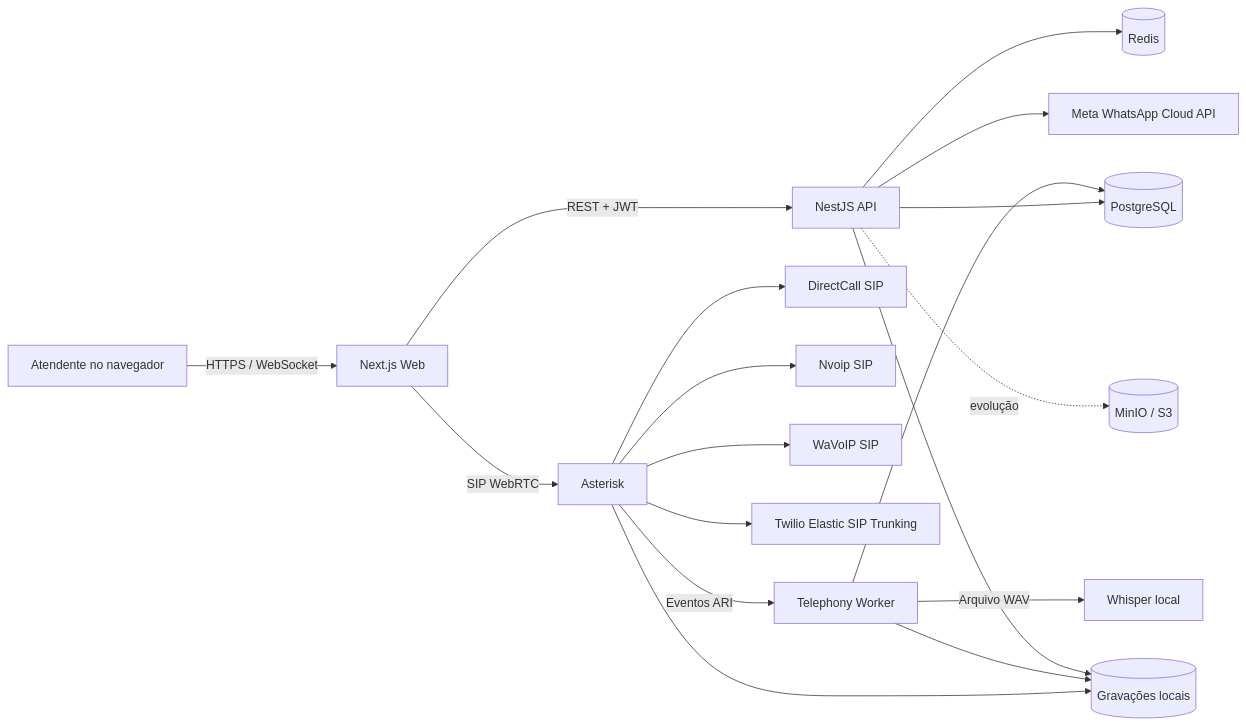
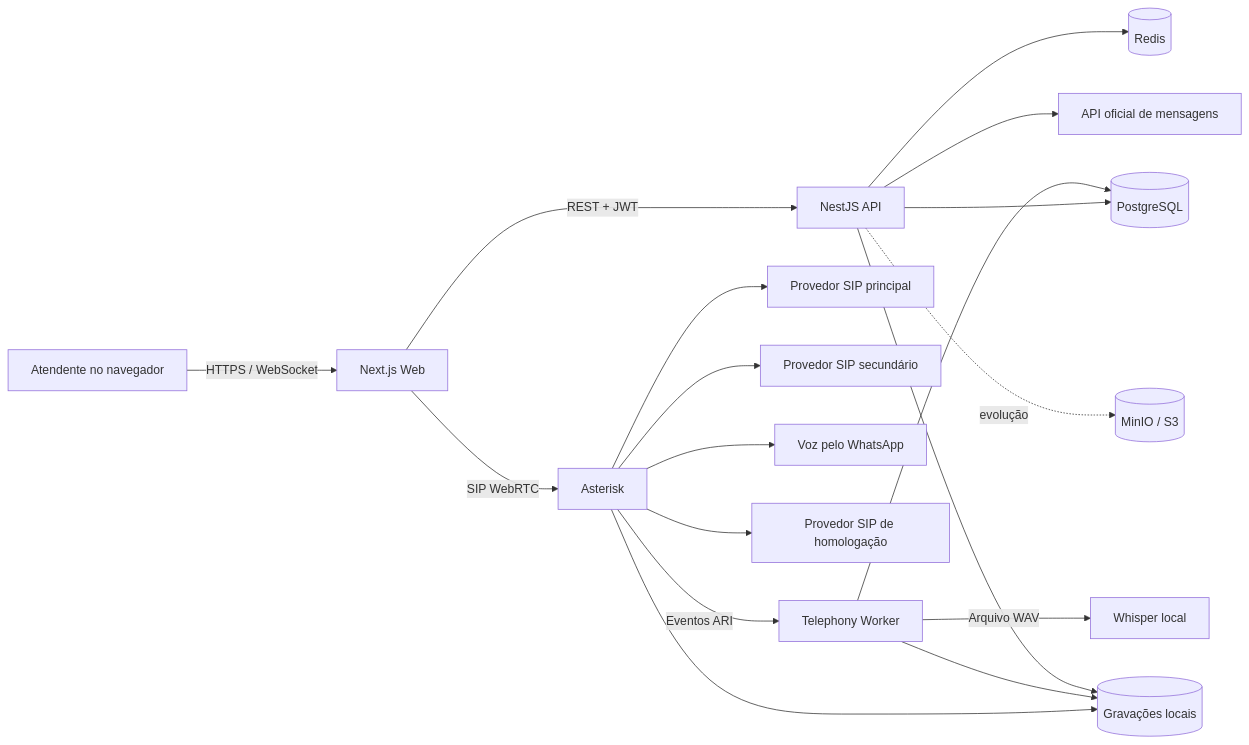
The diagram in README.md (criatedavid-tech/Project-Sip), drawn with Mermaid before and after one commit. The commit also changed other lines of this file and 20 other files, not shown here.

Commit message:
feat: aprimora voz pelo WhatsApp e documentação local

````diff
--- a/README.md
+++ b/README.md
@@ -100,20 +97,20 @@
 ```mermaid
 flowchart LR
     U[Atendente no navegador] -->|HTTPS / WebSocket| W[Next.js Web]
     W -->|REST + JWT| A[NestJS API]
     W -->|SIP WebRTC| PBX[Asterisk]
     A --> DB[(PostgreSQL)]
     A --> R[(Redis)]
-    A --> M[Meta WhatsApp Cloud API]
-    PBX --> DC[DirectCall SIP]
-    PBX --> NV[Nvoip SIP]
-    PBX --> WV[WaVoIP SIP]
-    PBX --> TWILIO[Twilio Elastic SIP Trunking]
+    A --> M[API oficial de mensagens]
+    PBX --> PSTN1[Provedor SIP principal]
+    PBX --> PSTN2[Provedor SIP secundário]
+    PBX --> WV[Voz pelo WhatsApp]
+    PBX --> TEST[Provedor SIP de homologação]
     PBX -->|Eventos ARI| TW[Telephony Worker]
     TW --> DB
     TW -->|Arquivo WAV| WH[Whisper local]
     PBX --> FS[(Gravações locais)]
     TW --> FS
     A --> FS
     A -. evolução .-> S3[(MinIO / S3)]
 ```
````
